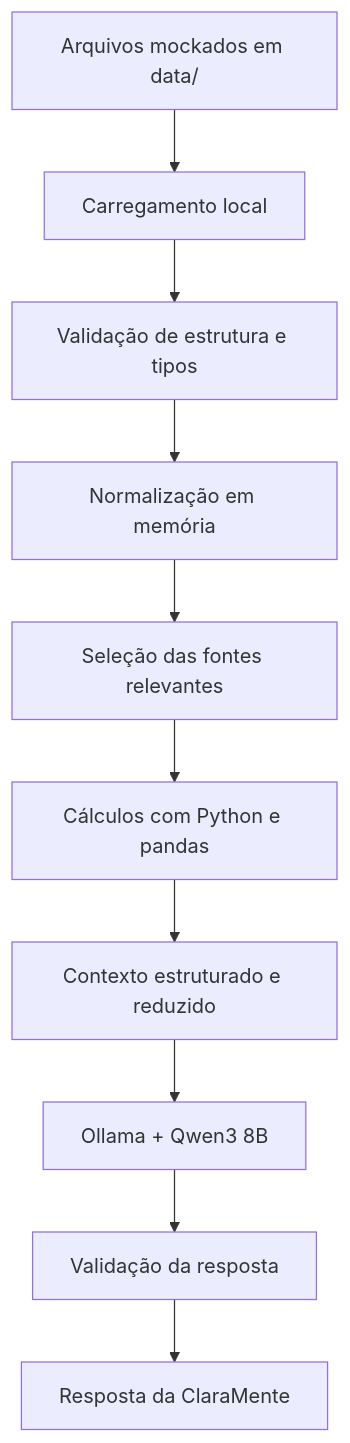
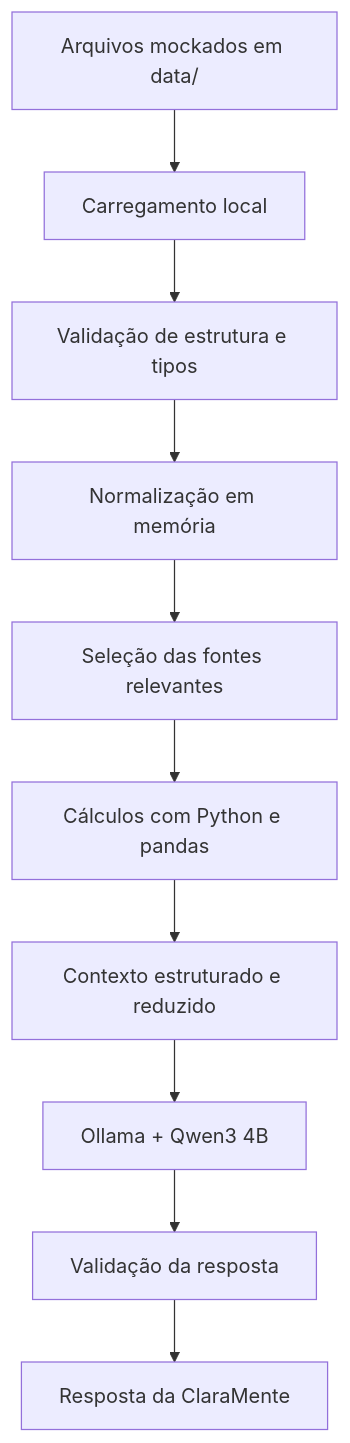
One commit to Breno3B/dio-lab-bia-do-futuro changed the diagram in docs/02-base-conhecimento.md. Above: the diagram before and after it, drawn with Mermaid. The commit also changed other lines of this file and 2 other files, not shown here.

Commit message:
fix: Update model references from Qwen3 8B to Qwen3 4B in documentation

````diff
--- a/docs/02-base-conhecimento.md
+++ b/docs/02-base-conhecimento.md
@@ -292,12 +292,12 @@
 ```mermaid
 flowchart TD
     A[Arquivos mockados em data/] --> B[Carregamento local]
     B --> C[Validação de estrutura e tipos]
     C --> D[Normalização em memória]
     D --> E[Seleção das fontes relevantes]
     E --> F[Cálculos com Python e pandas]
     F --> G[Contexto estruturado e reduzido]
-    G --> H[Ollama + Qwen3 8B]
+    G --> H[Ollama + Qwen3 4B]
     H --> I[Validação da resposta]
     I --> J[Resposta da ClaraMente]
 ```
````
